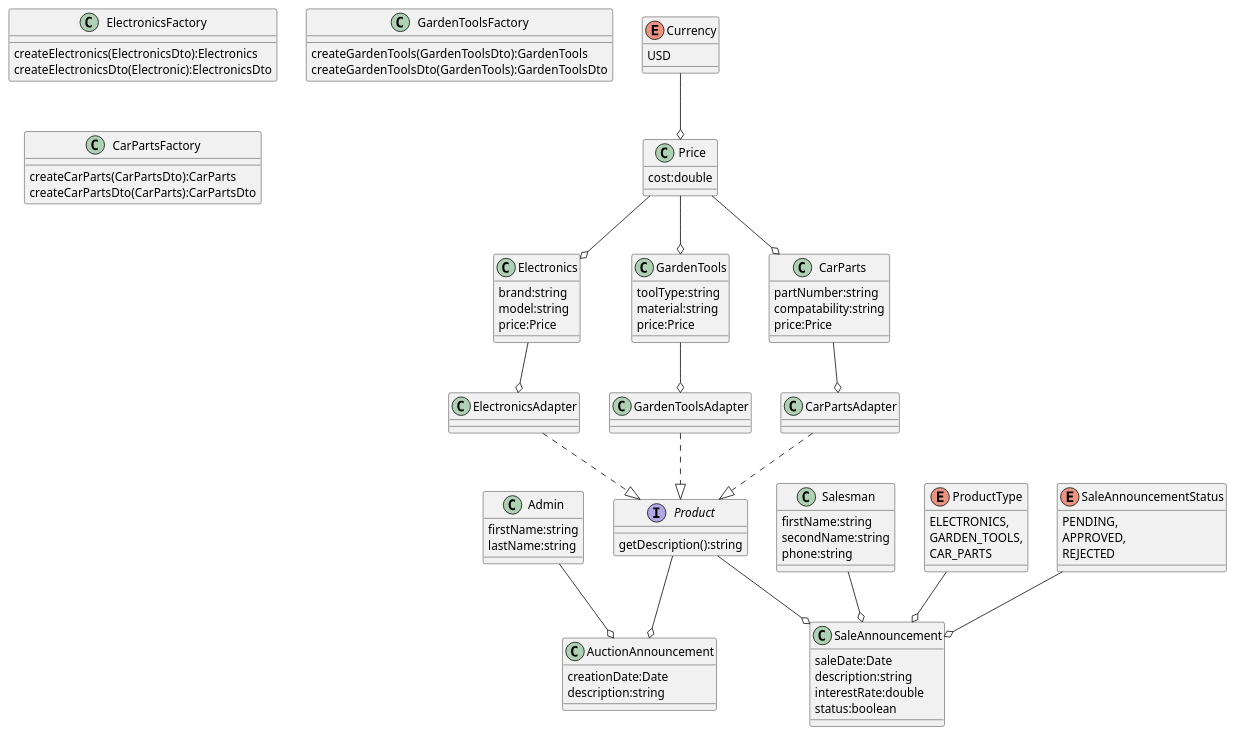
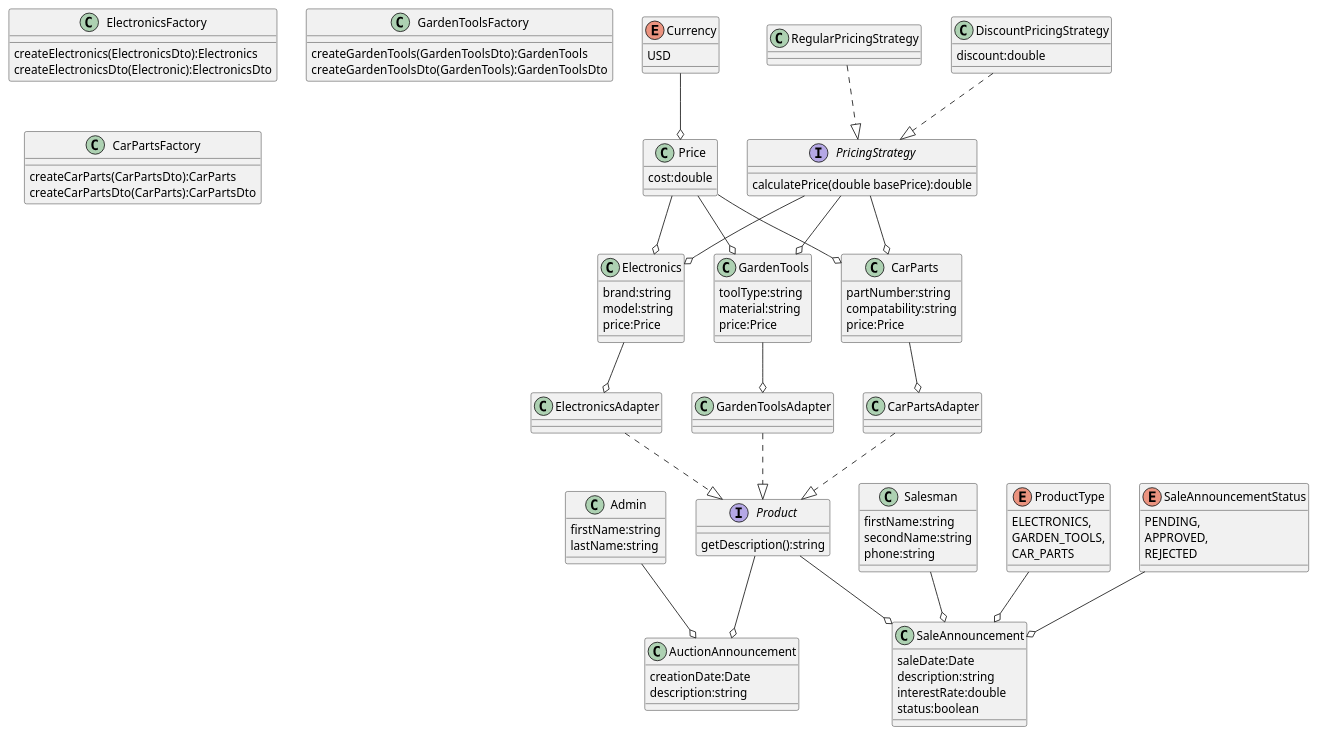
The diagram in Bom.puml (MrTorfis0017/Gleb), drawn with PlantUML before and after one commit. The commit also changed 10 other files, not shown here.

Commit message:
[XXX] PricingStrategy

```diff
--- a/Bom.puml
+++ b/Bom.puml
@@ -1,110 +1,127 @@
 @startuml
 'https://plantuml.com/class-diagram
 
 class Admin {
 firstName:string
 lastName:string
 }
 
 enum Currency{
 USD
 }
 
 class Price{
 cost:double
 }
 
 interface Product{
 getDescription():string
 }
 
 
 class Electronics{
 brand:string
 model:string
 price:Price
 }
 
 class GardenTools{
 toolType:string
 material:string
 price:Price
 }
 
 class CarParts{
 partNumber:string
 compatability:string
 price:Price
 }
 
 class ElectronicsFactory{
 createElectronics(ElectronicsDto):Electronics
 createElectronicsDto(Electronic):ElectronicsDto
 }
 
 class GardenToolsFactory{
 createGardenTools(GardenToolsDto):GardenTools
 createGardenToolsDto(GardenTools):GardenToolsDto
 }
 
 class CarPartsFactory{
 createCarParts(CarPartsDto):CarParts
 createCarPartsDto(CarParts):CarPartsDto
 }
 
 class ElectronicsAdapter{
 }
 
 class GardenToolsAdapter{
 }
 
 class CarPartsAdapter{
 }
 
 class AuctionAnnouncement{
 creationDate:Date
 description:string
 }
 
 class Salesman{
 firstName:string
 secondName:string
 phone:string
 }
 
 enum ProductType{
 ELECTRONICS,
 GARDEN_TOOLS,
 CAR_PARTS
 }
 
 enum SaleAnnouncementStatus{
 PENDING,
 APPROVED,
 REJECTED
 }
 
 class SaleAnnouncement{
 saleDate:Date
 description:string
 interestRate:double
 status:boolean
 }
 
+interface PricingStrategy{
+calculatePrice(double basePrice):double
+}
+
+class RegularPricingStrategy{
+}
+
+class DiscountPricingStrategy {
+discount:double
+}
+
+
 Admin --o AuctionAnnouncement
 Product --o AuctionAnnouncement
 Currency --o Price
 Price --o Electronics
 Price --o GardenTools
 Price --o CarParts
 Salesman --o SaleAnnouncement
 Product --o SaleAnnouncement
 Electronics --o ElectronicsAdapter
 ElectronicsAdapter ..|> Product
 GardenTools --o GardenToolsAdapter
 GardenToolsAdapter ..|> Product
 CarParts --o CarPartsAdapter
 CarPartsAdapter ..|> Product
 ProductType --o SaleAnnouncement
 SaleAnnouncementStatus --o SaleAnnouncement
+RegularPricingStrategy ..|> PricingStrategy
+DiscountPricingStrategy ..|> PricingStrategy
+PricingStrategy--o Electronics
+PricingStrategy--o GardenTools
+PricingStrategy--o CarParts
 @enduml
```
